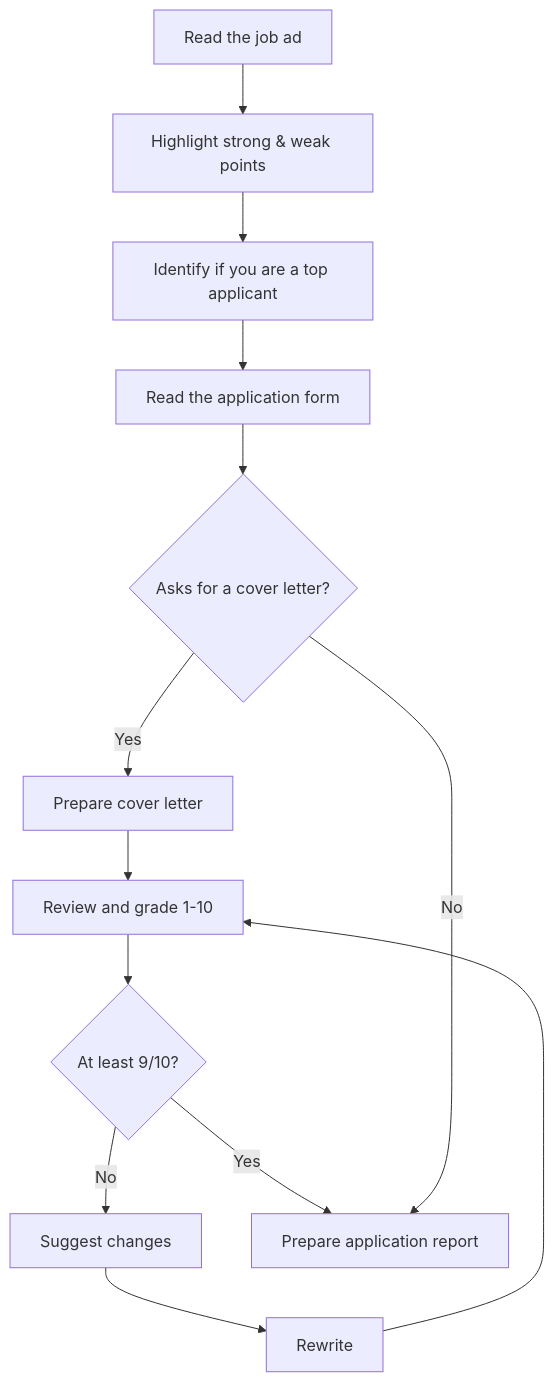
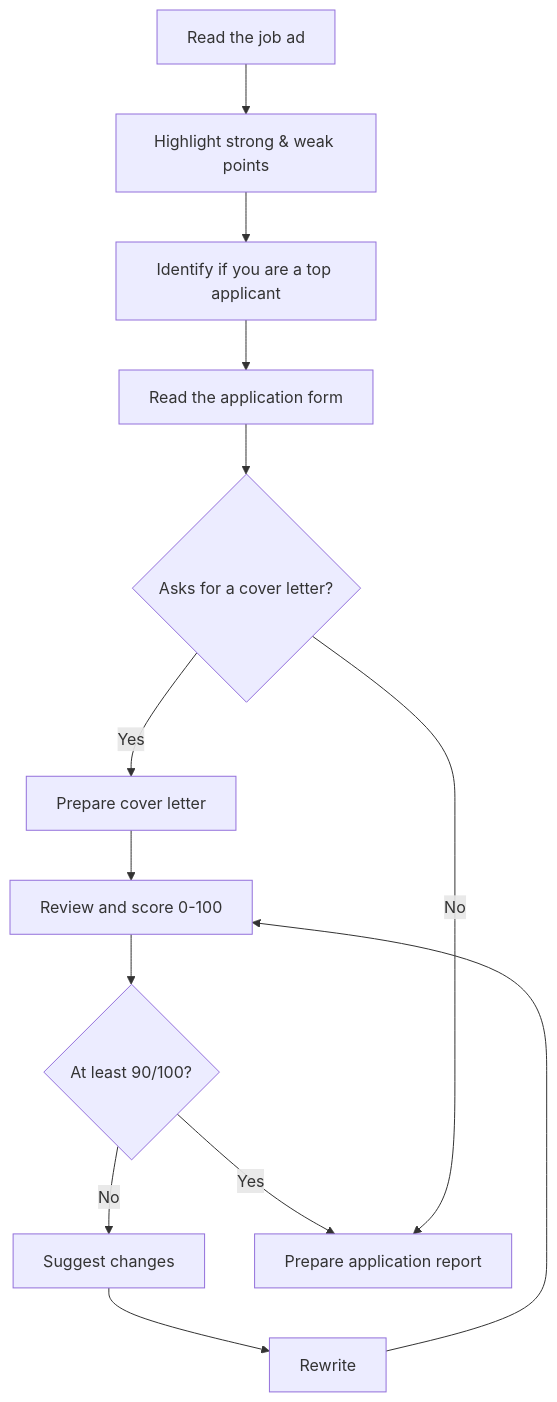
Before and after one commit to MarceloFossRJ/ieakaso: the diagram in README.md, drawn with Mermaid. The commit also changed other lines of this file and 20 other files, not shown here.

````diff
--- a/README.md
+++ b/README.md
@@ -26,15 +26,15 @@
 ```mermaid
 flowchart TD
     A[Read the job ad] --> B[Highlight strong & weak points]
     B --> C[Identify if you are a top applicant]
     C --> D[Read the application form]
     D --> E{Asks for a cover letter?}
     E -- Yes --> F[Prepare cover letter]
-    F --> G[Review and grade 1-10]
-    G --> H{At least 9/10?}
+    F --> G[Review and score 0-100]
+    G --> H{At least 90/100?}
     H -- No --> I[Suggest changes]
     I --> J[Rewrite]
     J --> G
     H -- Yes --> K[Prepare application report]
     E -- No --> K
 ```
````
